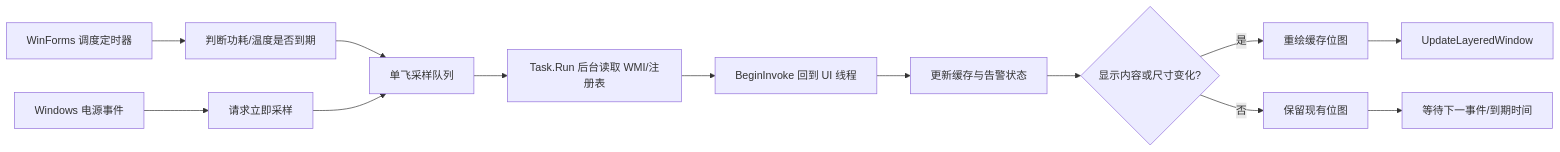
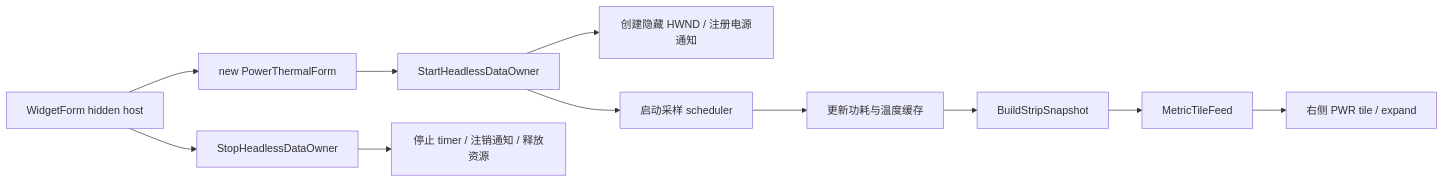
Before and after one commit to AFT-Sakee01/DesktopCodexAssistant: the diagram in Docs/PowerThermal-Architecture.md, drawn with Mermaid. The commit also changed other lines of this file and 131 other files, not shown here.

````diff
--- a/Docs/PowerThermal-Architecture.md
+++ b/Docs/PowerThermal-Architecture.md
@@ -81,15 +25,13 @@
 ```mermaid
 flowchart LR
-    A["WinForms 调度定时器"] --> B["判断功耗/温度是否到期"]
-    C["Windows 电源事件"] --> D["请求立即采样"]
-    B --> E["单飞采样队列"]
-    D --> E
-    E --> F["Task.Run 后台读取 WMI/注册表"]
-    F --> G["BeginInvoke 回到 UI 线程"]
-    G --> H["更新缓存与告警状态"]
-    H --> I{"显示内容或尺寸变化?"}
-    I -- "是" --> J["重绘缓存位图"]
-    I -- "否" --> K["保留现有位图"]
-    J --> L["UpdateLayeredWindow"]
-    K --> M["等待下一事件/到期时间"]
+    A["WidgetForm hidden host"] --> B["new PowerThermalForm"]
+    B --> C["StartHeadlessDataOwner"]
+    C --> D["创建隐藏 HWND / 注册电源通知"]
+    C --> E["启动采样 scheduler"]
+    E --> F["更新功耗与温度缓存"]
+    F --> G["BuildStripSnapshot"]
+    G --> H["MetricTileFeed"]
+    H --> I["右侧 PWR tile / expand"]
+    A --> J["StopHeadlessDataOwner"]
+    J --> K["停止 timer / 注销通知 / 释放资源"]
 ```
````
